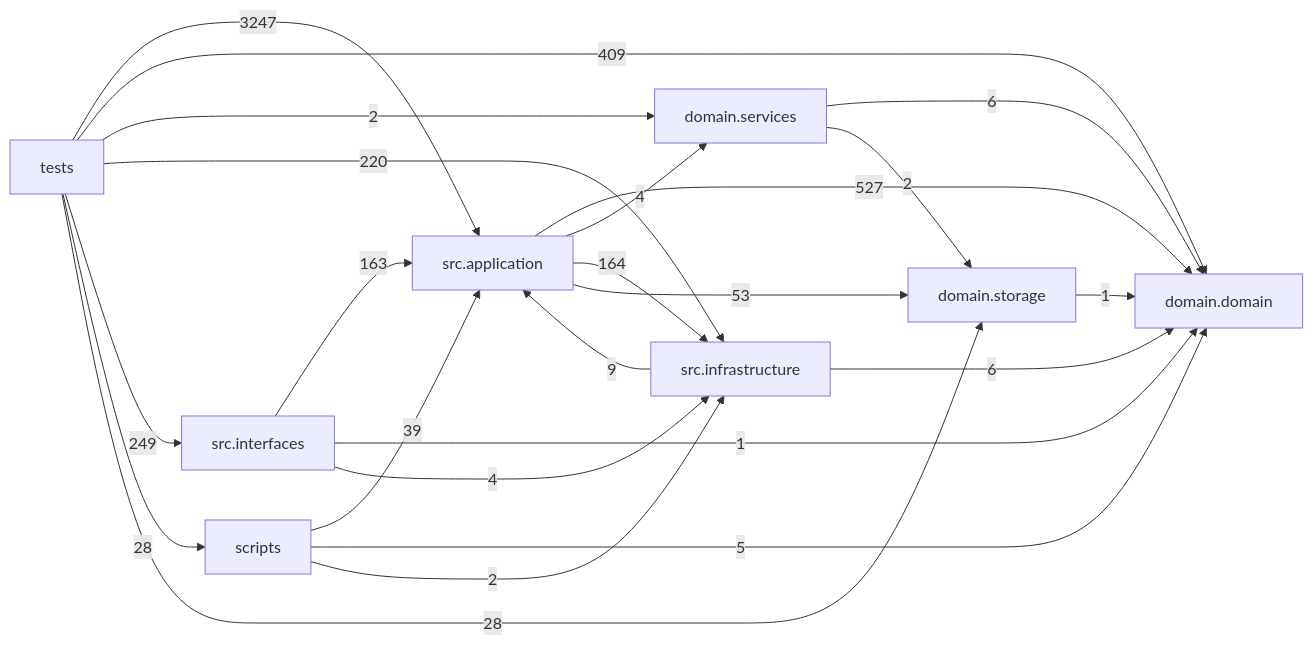
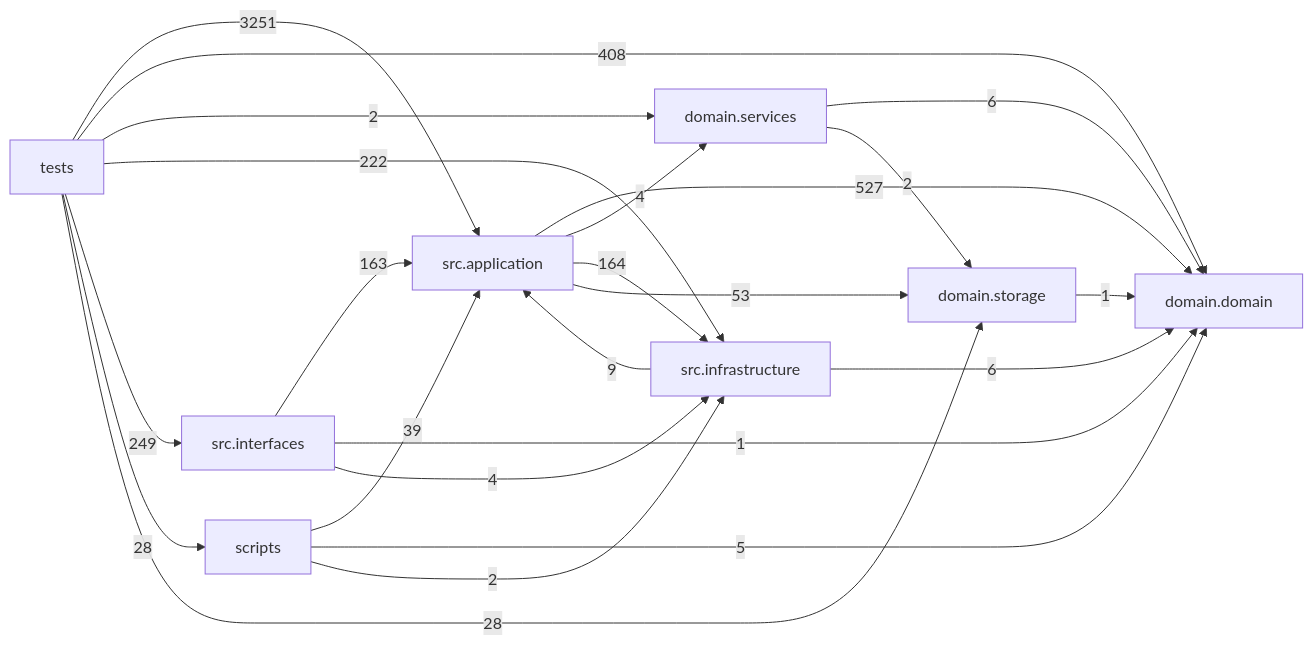
One commit to liuxie066/options-monitor changed the diagram in docs/DEPENDENCY_GRAPH.md. Above: the diagram before and after it, drawn with Mermaid. The commit also changed other lines of this file and 51 other files, not shown here.

````diff
--- a/docs/DEPENDENCY_GRAPH.md
+++ b/docs/DEPENDENCY_GRAPH.md
@@ -24,33 +24,33 @@
 ```mermaid
 flowchart LR
   tests["tests"]
   scripts["scripts"]
   interfaces["src.interfaces"]
   application["src.application"]
   infrastructure["src.infrastructure"]
   domain_services["domain.services"]
   domain["domain.domain"]
   storage["domain.storage"]
   application -->|527| domain
   application -->|4| domain_services
   application -->|164| infrastructure
   application -->|53| storage
   domain_services -->|6| domain
   domain_services -->|2| storage
   infrastructure -->|9| application
   infrastructure -->|6| domain
   interfaces -->|163| application
   interfaces -->|1| domain
   interfaces -->|4| infrastructure
   scripts -->|39| application
   scripts -->|5| domain
   scripts -->|2| infrastructure
   storage -->|1| domain
-  tests -->|3247| application
-  tests -->|409| domain
+  tests -->|3251| application
+  tests -->|408| domain
   tests -->|2| domain_services
-  tests -->|220| infrastructure
+  tests -->|222| infrastructure
   tests -->|249| interfaces
   tests -->|28| scripts
   tests -->|28| storage
 ```
````
